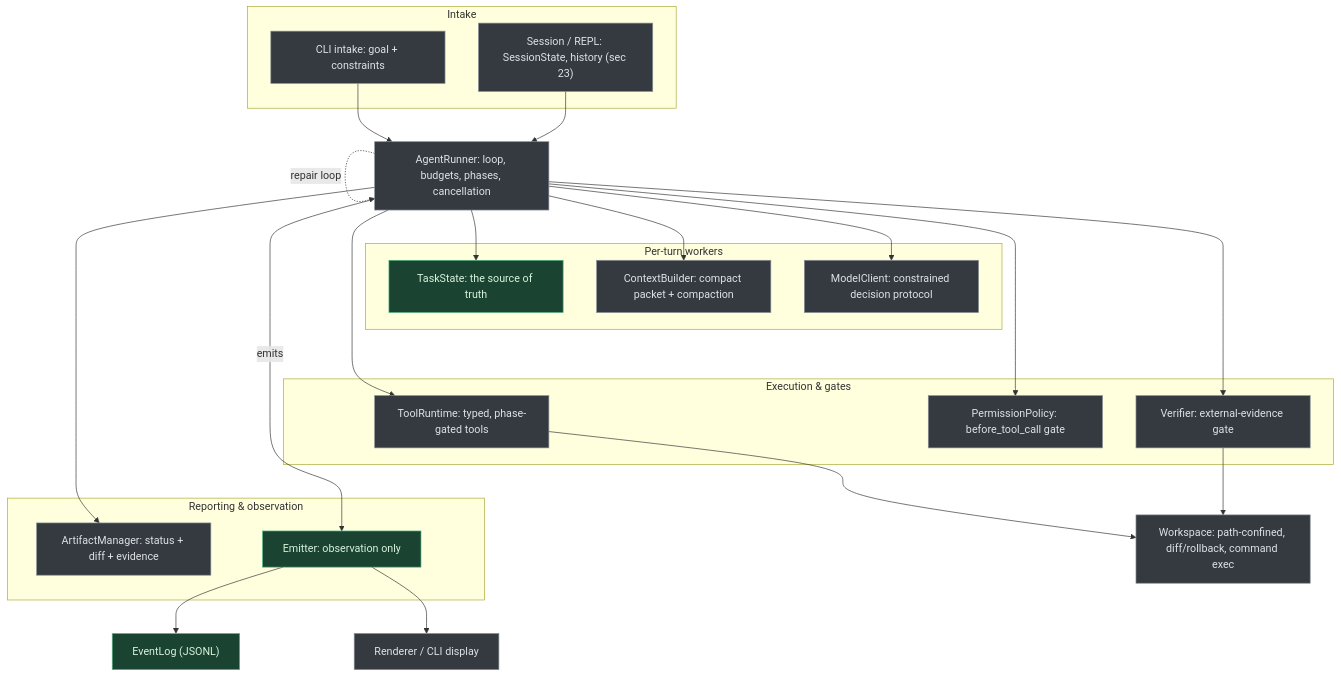
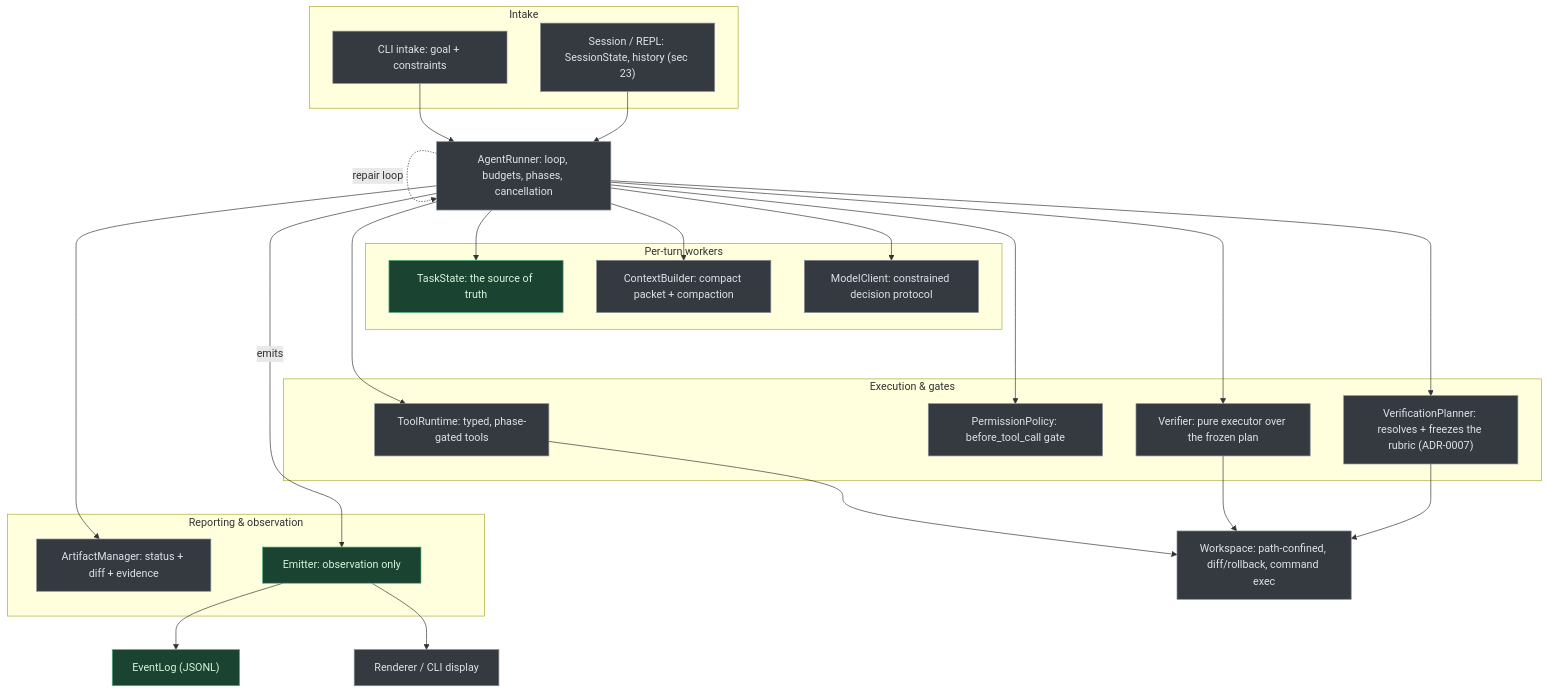
Before and after one commit to codexceed/avatar-harness: the first of 8 diagrams in ARCHITECTURE.md, drawn with Mermaid. The commit also changed other lines of this file and 37 other files, not shown here.

First line of the commit message:
feat(verifier): dynamic verification-plan resolution (ADR-0007) (#40)

````diff
--- a/ARCHITECTURE.md
+++ b/ARCHITECTURE.md
@@ -24,51 +24,54 @@
 ```mermaid
 flowchart TD
     subgraph intake["Intake"]
         CLI["CLI intake: goal + constraints"]
         SESS["Session / REPL: SessionState, history (sec 23)"]
     end
 
     R["AgentRunner: loop, budgets, phases, cancellation"]
     R -.->|repair loop| R
 
     subgraph turn["Per-turn workers"]
         TS["TaskState: the source of truth"]
         CB["ContextBuilder: compact packet + compaction"]
         MC["ModelClient: constrained decision protocol"]
     end
 
     subgraph act["Execution & gates"]
         TR["ToolRuntime: typed, phase-gated tools"]
         PP["PermissionPolicy: before_tool_call gate"]
-        V["Verifier: external-evidence gate"]
+        VP["VerificationPlanner: resolves + freezes the rubric (ADR-0007)"]
+        V["Verifier: pure executor over the frozen plan"]
     end
 
     subgraph report["Reporting & observation"]
         AM["ArtifactManager: status + diff + evidence"]
         EM["Emitter: observation only"]
     end
 
     CLI --> R
     SESS --> R
     R --> TS
     R --> CB
     R --> MC
     R --> TR
     R --> PP
+    R --> VP
     R --> V
     R --> AM
     R -->|emits| EM
     EM --> EL["EventLog (JSONL)"]
     EM --> UI["Renderer / CLI display"]
     TR --> WS["Workspace: path-confined, diff/rollback, command exec"]
     V --> WS
+    VP --> WS
 
     %% force the tiers to stack vertically into one column
     turn ~~~ act
     act ~~~ report
 
     classDef done fill:#1b4332,stroke:#52b788,color:#d8f3dc;
     classDef todo fill:#343a40,stroke:#868e96,color:#dee2e6;
     class TS,EM,EL done;
-    class SESS,CLI,R,CB,MC,TR,PP,V,AM,UI,WS todo;
+    class SESS,CLI,R,CB,MC,TR,PP,VP,V,AM,UI,WS todo;
 ```
````
